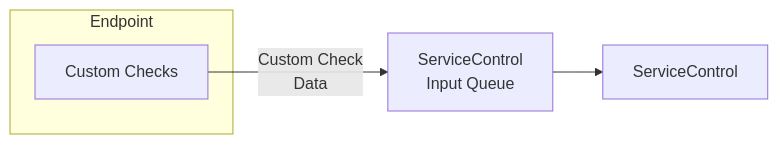
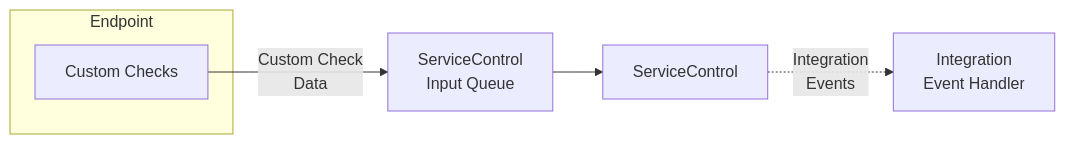
Before and after one commit to Particular/docs.particular.net: the diagram in monitoring/custom-checks/index.md, drawn with Mermaid. The commit also changed other lines of this file, not shown here.

````diff
--- a/monitoring/custom-checks/index.md
+++ b/monitoring/custom-checks/index.md
@@ -12,11 +12,13 @@
 ```mermaid
 graph LR
 
 subgraph Endpoint
 CustomChecks[Custom Checks]
 end
 	
 CustomChecks -- Custom Check<br>Data --> SCQ[ServiceControl<br>Input Queue]
 
 SCQ --> ServiceControl
+
+ServiceControl -. Integration<br/>Events .-> Integration[Integration<br/>Event Handler]
 ```
````
